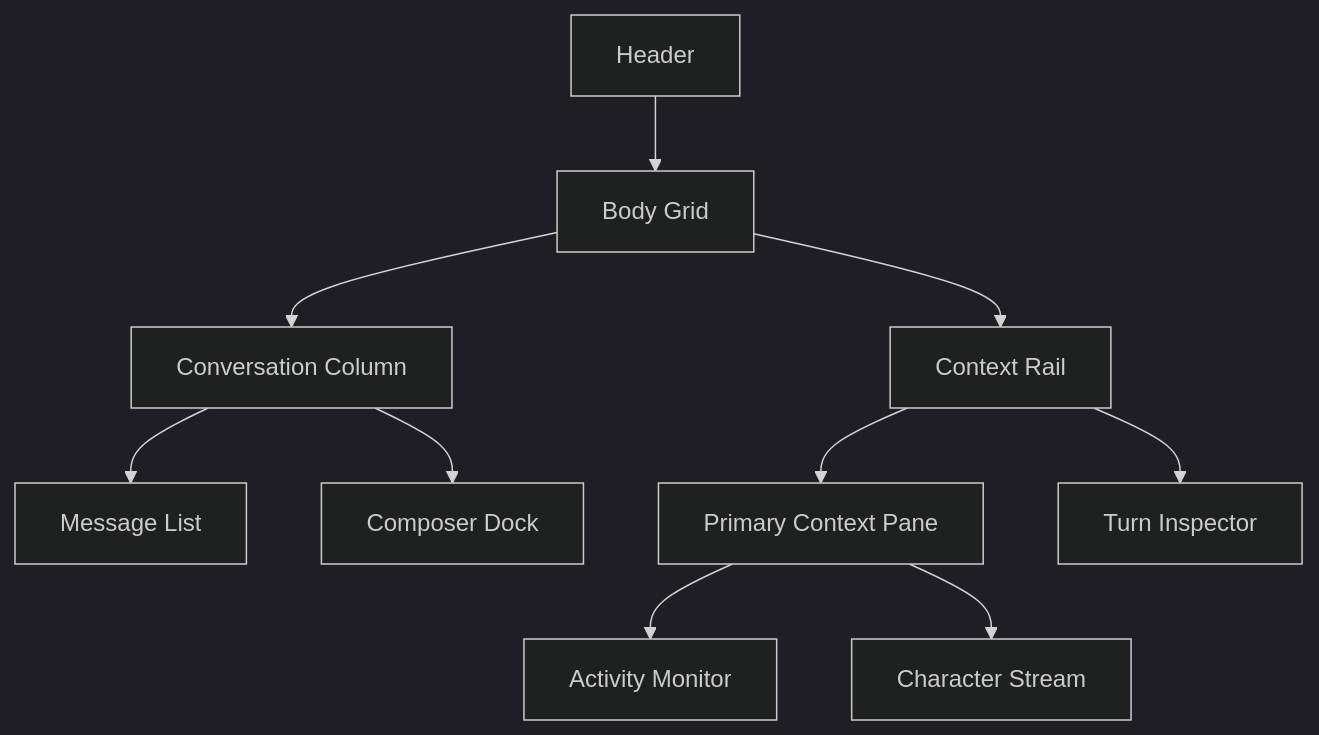
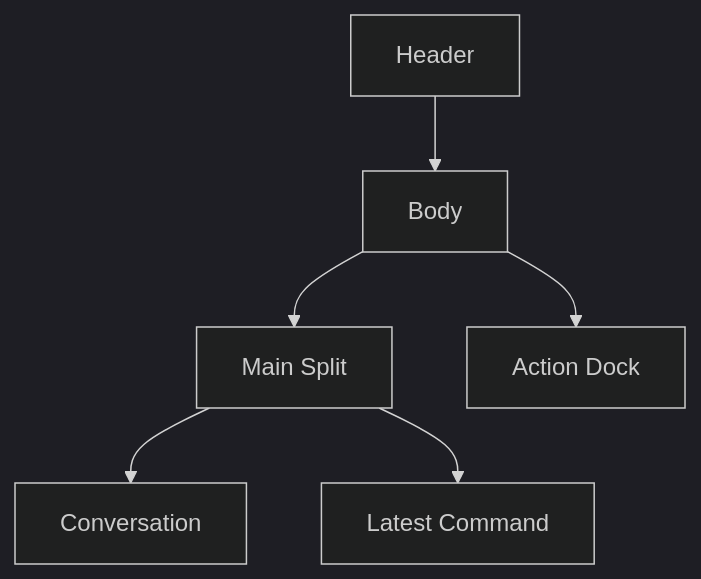
Before and after one commit to natumekazuki/WithMate: the diagram in docs/design/session-window-layout-redesign.md, drawn with Mermaid (dark theme). The commit also changed other lines of this file and 21 other files, not shown here.

Commit message:
feat(session): rework window layout around latest command

````diff
--- a/docs/design/session-window-layout-redesign.md
+++ b/docs/design/session-window-layout-redesign.md
@@ -27,14 +17,10 @@
 ```mermaid
 flowchart TB
   H[Header]
   H --> B
-  B[Body Grid]
-  B --> L[Conversation Column]
-  B --> R[Context Rail]
-  L --> M[Message List]
-  L --> C[Composer Dock]
-  R --> P[Primary Context Pane]
-  R --> T[Turn Inspector]
-  P --> A[Activity Monitor]
-  P --> S[Character Stream]
+  B[Body]
+  B --> M[Main Split]
+  B --> D[Action Dock]
+  M --> C[Conversation]
+  M --> R[Latest Command]
 ```
````
